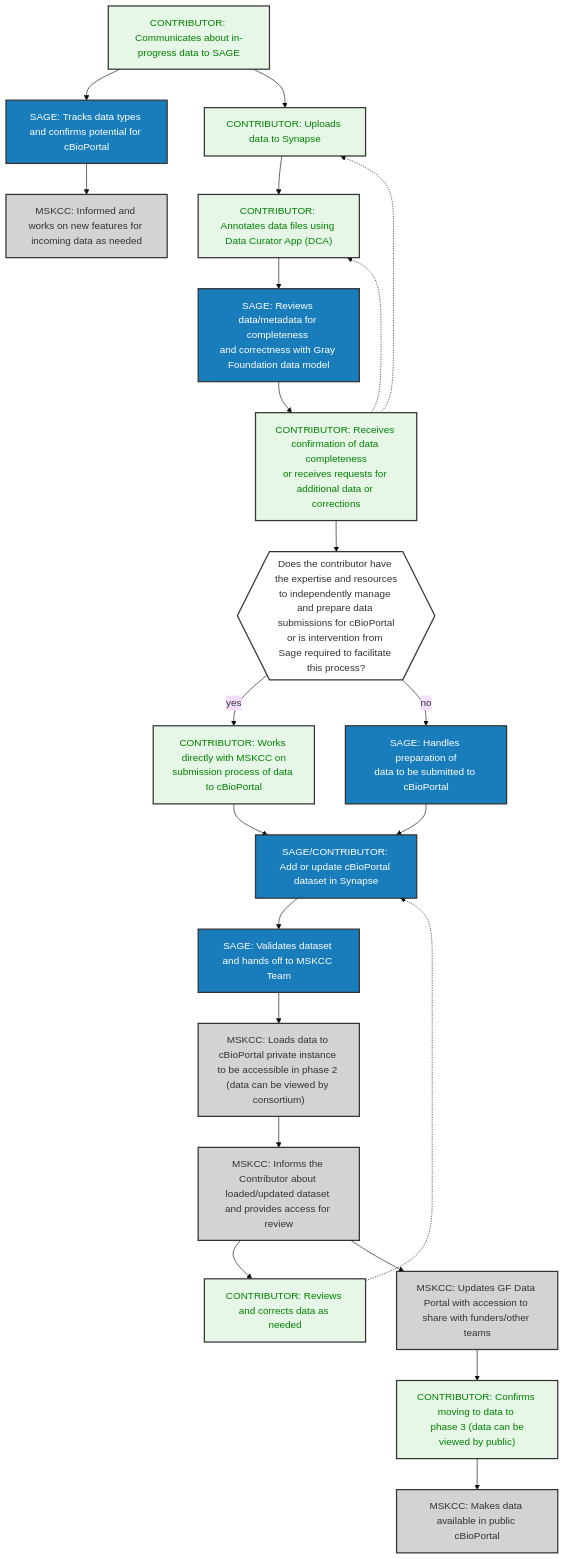
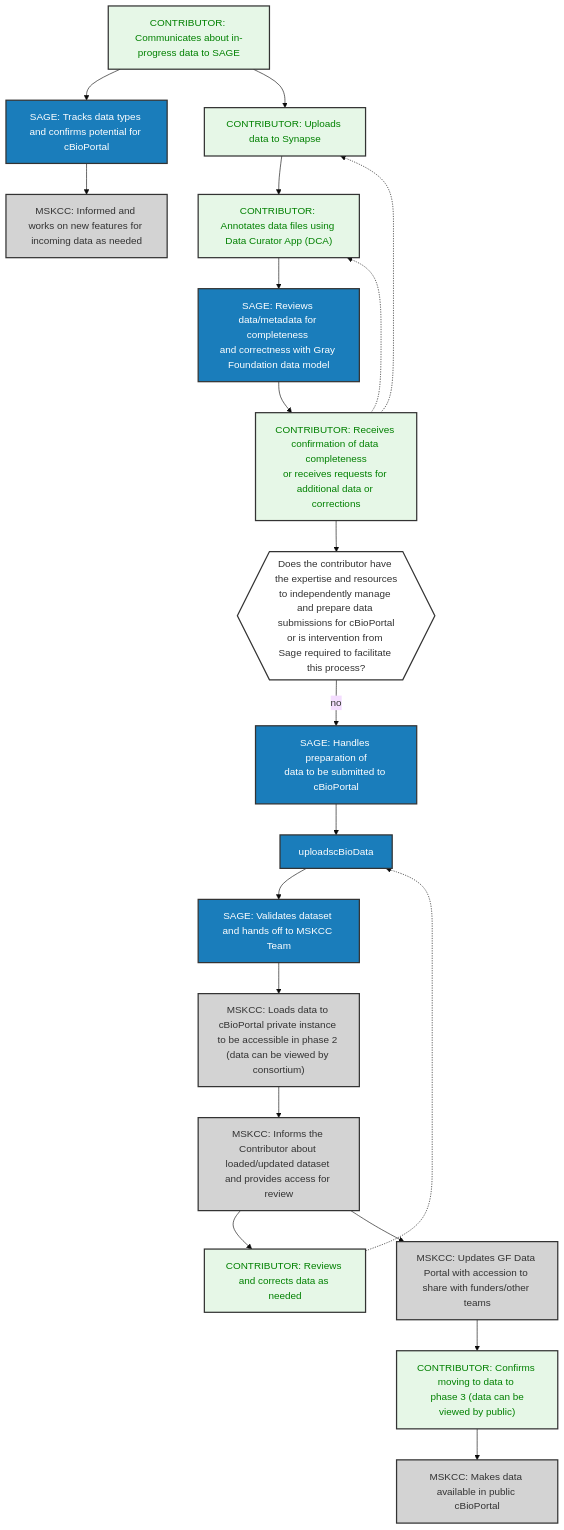
One commit to gf-dcc/docs changed the diagram in docs/workflows/cBioPortal.md. Above: the diagram before and after it, drawn with Mermaid (base theme).

Commit message:
Remove directSubmission path

````diff
--- a/docs/workflows/cBioPortal.md
+++ b/docs/workflows/cBioPortal.md
@@ -10,32 +10,33 @@
 ```mermaid
+
+
 
 flowchart TB
 
     classDef Sage fill:#1A7DBB,color:white,stroke:#333,stroke-width:2px;
     classDef MSKCC fill:lightgray,stroke:#333,stroke-width:2px;
     classDef Contributor fill:#E6F7E7,color:green,stroke:#333,stroke-width:2px;
     classDef Decision fill:white,stroke:#333,stroke-width:2px;
 
     communicate["CONTRIBUTOR: Communicates about in-progress data to SAGE"]:::Contributor --> checkDataType["SAGE: Tracks data types and confirms potential for cBioPortal"]:::Sage
     checkDataType --> potentialDev["MSKCC: Informed and works on new features for incoming data as needed"]:::MSKCC
     communicate --> uploadsData:::Contributor
     uploadsData["CONTRIBUTOR: Uploads data to Synapse"] --> annotatesDCA["CONTRIBUTOR: Annotates data files using Data Curator App (DCA)"]:::Contributor
     annotatesDCA --> reviewData["SAGE: Reviews data/metadata for completeness <br>and correctness with Gray Foundation data model"]:::Sage
     reviewData --> reviewResult["CONTRIBUTOR: Receives confirmation of data completeness<br>or receives requests for additional data or corrections"]:::Contributor
     reviewResult --> decidePrep1
     decidePrep1{{"Does the contributor have the expertise and resources<br>to independently manage and prepare data submissions for cBioPortal<br>or is intervention from Sage required to facilitate this process?"}}:::Decision
     reviewResult -.-> uploadsData
     reviewResult -.-> annotatesDCA
-    decidePrep1 -->|yes| directSubmissionProcess["CONTRIBUTOR: Works directly with MSKCC on<br>submission process of data to cBioPortal"]:::Contributor
     decidePrep1 -->|no| fallbackToSage["SAGE: Handles preparation of<br>data to be submitted to cBioPortal"]:::Sage
-    directSubmissionProcess --> uploadscBioData["SAGE/CONTRIBUTOR: Add or update cBioPortal dataset in Synapse"]
     fallbackToSage --> uploadscBioData:::Sage
     uploadscBioData --> validated["SAGE: Validates dataset and hands off to MSKCC Team"]:::Sage
     validated --> loadData["MSKCC: Loads data to cBioPortal private instance to be accessible in phase 2 (data can be viewed by consortium)"]:::MSKCC
     loadData --> informContributor["MSKCC: Informs the Contributor about loaded/updated dataset and provides access for review"]:::MSKCC
     informContributor --> contributorReviews["CONTRIBUTOR: Reviews and corrects data as needed"]:::Contributor -.-> uploadscBioData
     informContributor --> updateGFPortal["MSKCC: Updates GF Data Portal with accession to share with funders/other teams"]:::MSKCC
     updateGFPortal --> moveToPhaseIII["CONTRIBUTOR: Confirms moving to data to <br> phase 3 (data can be viewed by public)"]:::Contributor
     moveToPhaseIII --> copiesDataPublic["MSKCC: Makes data available in public cBioPortal"]:::MSKCC
 
+
 ```
````
